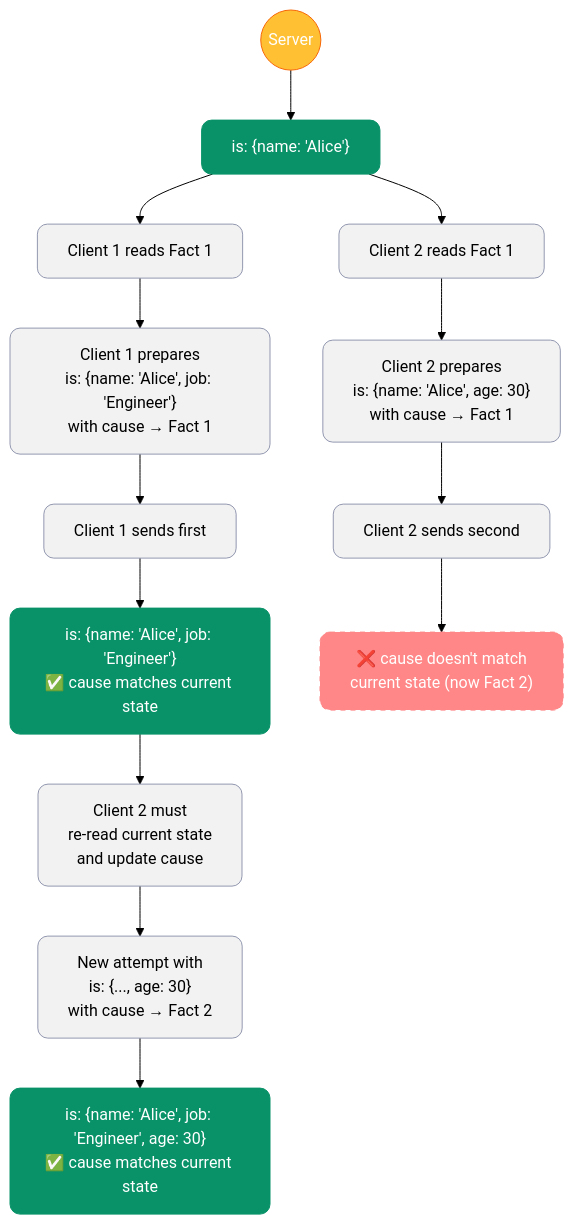
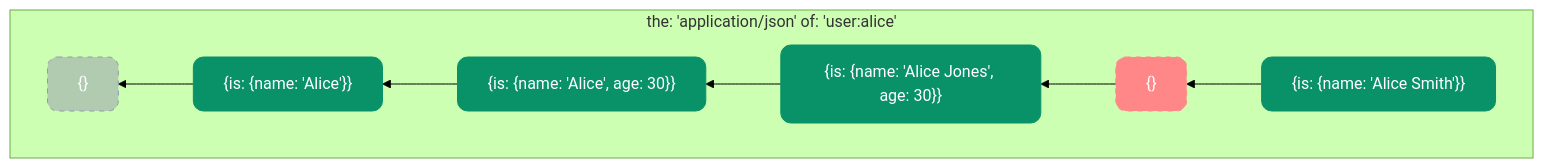
The third of 3 diagrams in rfc/space.md (commontoolsinc/RFC), drawn with Mermaid (forest theme) before and after one commit. The commit also changed other lines of this file and 1 other file, not shown here.

````diff
--- a/rfc/space.md
+++ b/rfc/space.md
@@ -127,28 +294,23 @@
 ```mermaid
-graph TD
-    classDef assertion fill:#099268,stroke:#099268,stroke-width:1px,color:#fff,rx:10,ry:10;
-    classDef rejected fill:#FF8787,stroke:#FF8787,stroke-width:1px,color:#fff,stroke-dasharray:5 5,rx:10,ry:10;
-    classDef server fill:#FFC034,stroke:#F76707,stroke-width:1px,color:#fff,rx:10,ry:10;
-    classDef neutral fill:#F2F2F2,stroke:#9398B0,stroke-width:1px,rx:10,ry:10;
+graph
+    classDef assertion fill:#099268,stroke:#099268,stroke-width:1px,color:#fff,rx:10,ry:10
+    classDef retraction fill:#FF8787,stroke:#FF8787,stroke-width:1px,color:#fff,stroke-dasharray:5 5,rx:10,ry:10
+    classDef genesis fill:#9398B080,stroke:#9398B0,stroke-width:1px,color:#fff,stroke-dasharray:5 5,rx:10,ry:10
+    classDef note fill:none,stroke:none
 
-    Server((Server)):::server
-    A["is: {name: 'Alice'}"]:::assertion
+    subgraph FactLineage["the:&nbsp;'application/json'&nbsp;of:&nbsp;'user:alice'"]
+        direction RL
+        VR["{}"]:::genesis
+        A["{is: {name: 'Alice'}}"]:::assertion
+        B["{is: {name: 'Alice', age: 30}}"]:::assertion
+        C["{is: {name: 'Alice Jones', age: 30}}"]:::assertion
+        D["{}"]:::retraction
+        E["{is: {name: 'Alice Smith'}}"]:::assertion
 
-    Server --> A
-
-    A --> B["Client 1 reads Fact 1"]:::neutral
-    A --> C["Client 2 reads Fact 1"]:::neutral
-
-    B --> D["Client 1 prepares<br>is: {name: 'Alice', job: 'Engineer'}<br>with cause → Fact 1"]:::neutral
-    C --> E["Client 2 prepares<br>is: {name: 'Alice', age: 30}<br>with cause → Fact 1"]:::neutral
-
-    D --> F["Client 1 sends first"]:::neutral
-    E --> G["Client 2 sends second"]:::neutral
-
-    F --> H["is: {name: 'Alice', job: 'Engineer'}<br>✅ cause matches current state"]:::assertion
-    G --> I["❌ cause doesn't match<br>current state (now Fact 2)"]:::rejected
-
-    H --> J["Client 2 must<br>re-read current state<br>and update cause"]:::neutral
-    J --> K["New attempt with<br>is: {..., age: 30}<br>with cause → Fact 2"]:::neutral
-    K --> L["is: {name: 'Alice', job: 'Engineer', age: 30}<br>✅ cause matches current state"]:::assertion
+        A --> VR
+        B --> A
+        C --> B
+        D --> C
+        E --> D
+    end
 ```
````
